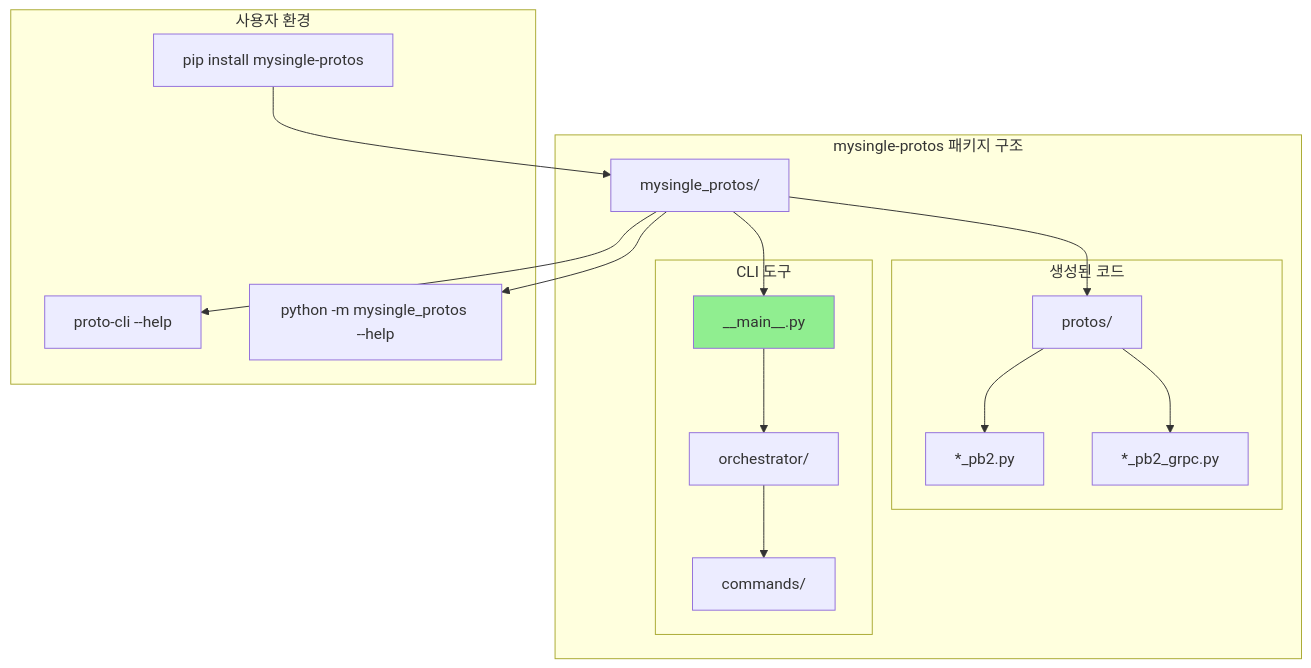
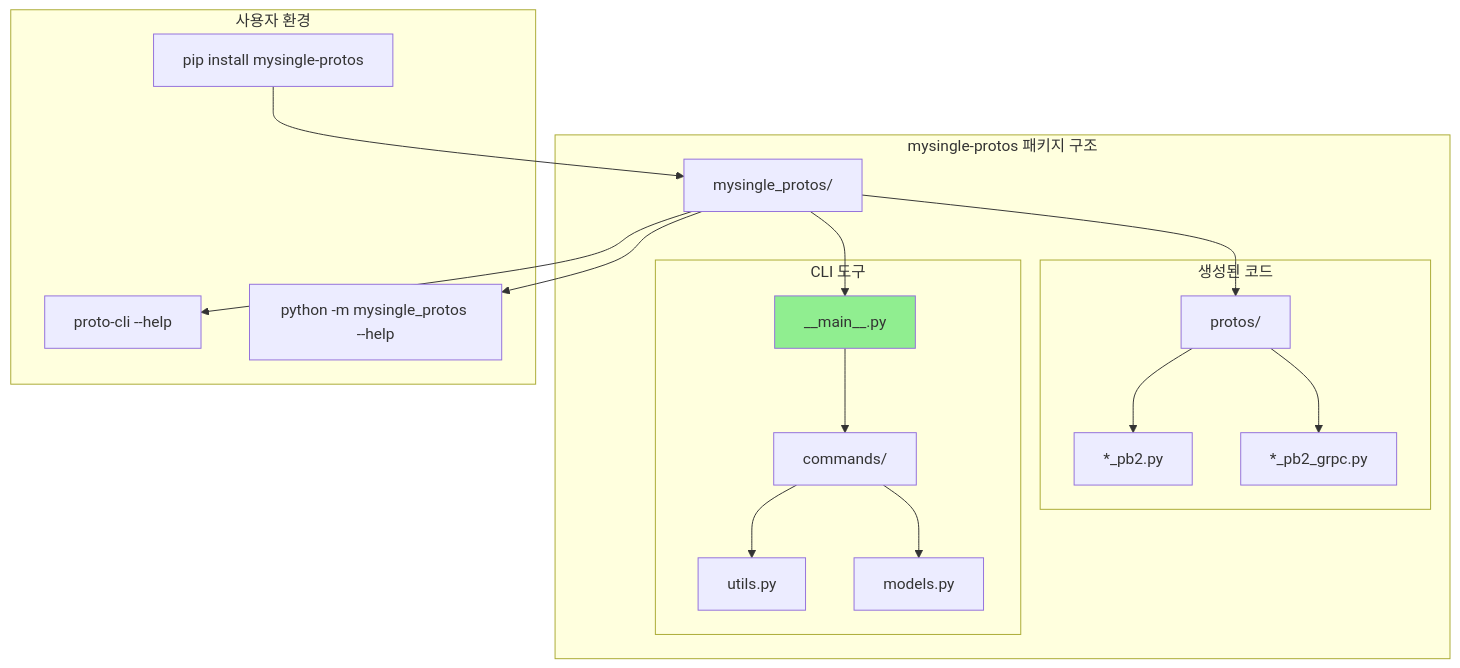
The third of 12 diagrams in docs/COLLABORATIVE_WORKFLOW_DESIGN.md (Br0therDan/grpc-protos), drawn with Mermaid before and after one commit. The commit also changed other lines of this file and 10 other files, not shown here.

First line of the commit message:
feat: remove deprecated proto_orchestrator.py and enhance CLI tools

````diff
--- a/docs/COLLABORATIVE_WORKFLOW_DESIGN.md
+++ b/docs/COLLABORATIVE_WORKFLOW_DESIGN.md
@@ -172,37 +133,39 @@
 ```mermaid
 graph TB
     subgraph "mysingle-protos 패키지 구조"
         PKG[mysingle_protos/]
         
         subgraph "생성된 코드"
             PROTOS[protos/]
             PB2[*_pb2.py]
             GRPC[*_pb2_grpc.py]
         end
         
         subgraph "CLI 도구"
             CLI_INIT[__main__.py]
-            ORC_MOD[orchestrator/]
             COMMANDS[commands/]
+            UTILS[utils.py]
+            MODELS[models.py]
         end
         
         PKG --> PROTOS
         PKG --> CLI_INIT
         PROTOS --> PB2
         PROTOS --> GRPC
-        CLI_INIT --> ORC_MOD
-        ORC_MOD --> COMMANDS
+        CLI_INIT --> COMMANDS
+        COMMANDS --> UTILS
+        COMMANDS --> MODELS
     end
     
     subgraph "사용자 환경"
         INSTALL[pip install mysingle-protos]
         CMD1[proto-cli --help]
         CMD2[python -m mysingle_protos --help]
     end
     
     INSTALL --> PKG
     PKG --> CMD1
     PKG --> CMD2
     
     style CLI_INIT fill:#90EE90
 ```
````
